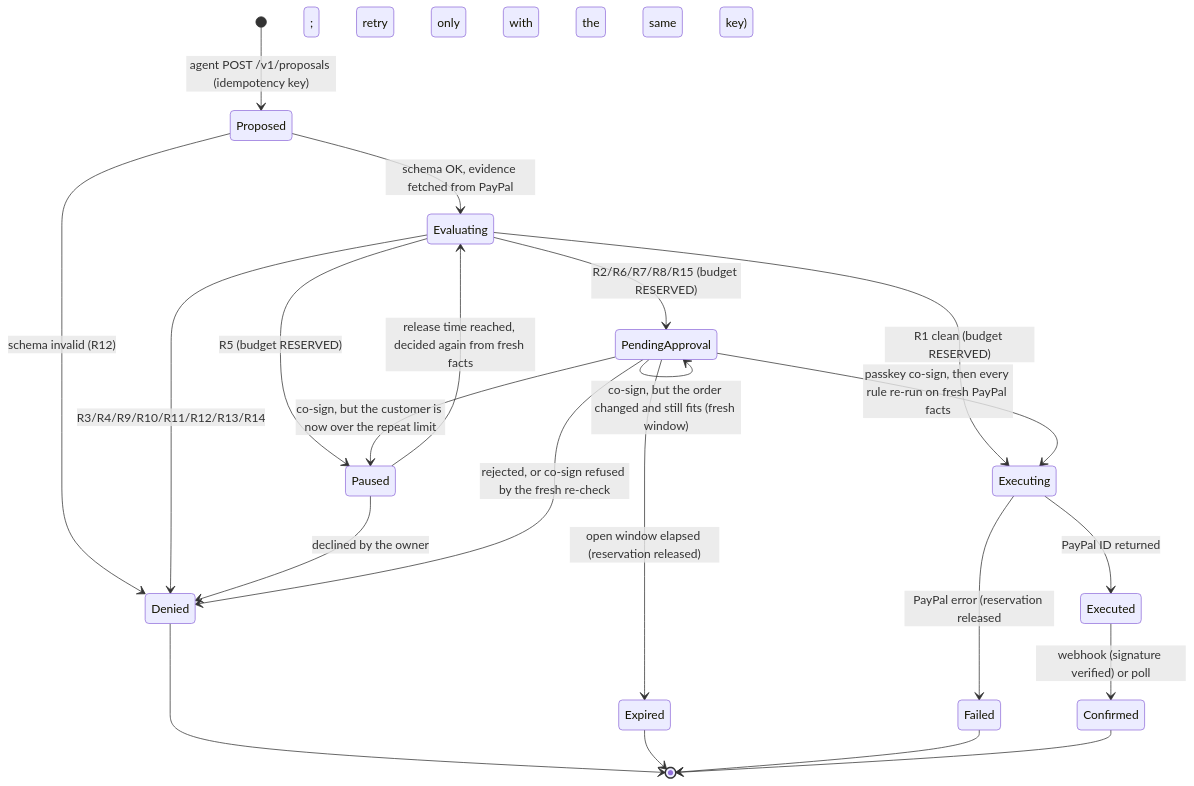
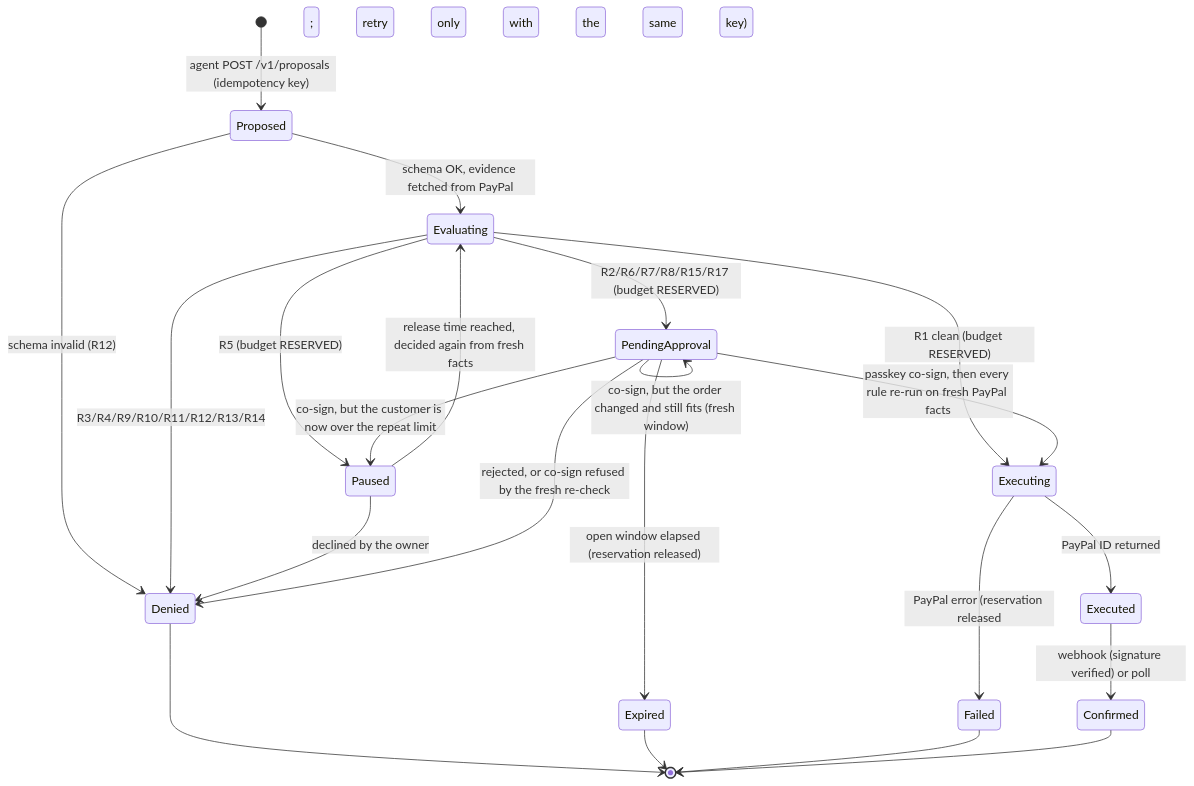
The third of 3 diagrams in docs/ARCHITECTURE.md (VIKAS9793/AgentCoSign), drawn with Mermaid before and after one commit. The commit also changed 12 other files, not shown here.

````diff
--- a/docs/ARCHITECTURE.md
+++ b/docs/ARCHITECTURE.md
@@ -83,24 +83,24 @@
 ```mermaid
 stateDiagram-v2
     [*] --> Proposed: agent POST /v1/proposals (idempotency key)
     Proposed --> Evaluating: schema OK, evidence fetched from PayPal
     Proposed --> Denied: schema invalid (R12)
     Evaluating --> Denied: R3/R4/R9/R10/R11/R12/R13/R14
-    Evaluating --> PendingApproval: R2/R6/R7/R8/R15 (budget RESERVED)
+    Evaluating --> PendingApproval: R2/R6/R7/R8/R15/R17 (budget RESERVED)
     Evaluating --> Paused: R5 (budget RESERVED)
     Paused --> Evaluating: release time reached, decided again from fresh facts
     Paused --> Denied: declined by the owner
     Evaluating --> Executing: R1 clean (budget RESERVED)
     PendingApproval --> Executing: passkey co-sign, then every rule re-run on fresh PayPal facts
     PendingApproval --> PendingApproval: co-sign, but the order changed and still fits (fresh window)
     PendingApproval --> Denied: rejected, or co-sign refused by the fresh re-check
     PendingApproval --> Paused: co-sign, but the customer is now over the repeat limit
     PendingApproval --> Expired: open window elapsed (reservation released)
     Executing --> Executed: PayPal ID returned
     Executing --> Failed: PayPal error (reservation released; retry only with the same key)
     Executed --> Confirmed: webhook (signature verified) or poll
     Denied --> [*]
     Expired --> [*]
     Failed --> [*]
     Confirmed --> [*]
 ```
````
